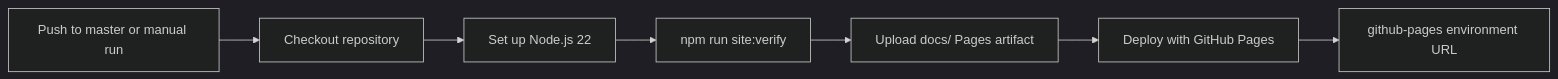
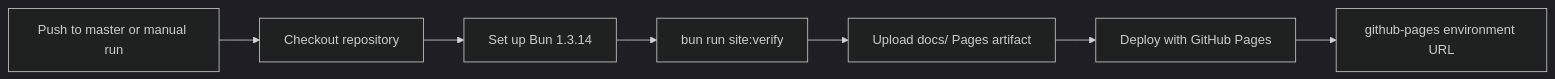
The second of 2 diagrams in docs/architecture/product-site.md (AungMyoKyaw/dhamma-echo), drawn with Mermaid (dark theme) before and after one commit. The commit also changed other lines of this file and 6 other files, not shown here.

````diff
--- a/docs/architecture/product-site.md
+++ b/docs/architecture/product-site.md
@@ -32,9 +32,9 @@
 ```mermaid
 flowchart LR
     push[Push to master or manual run] --> checkout[Checkout repository]
-    checkout --> node[Set up Node.js 22]
-    node --> verify[npm run site:verify]
+    checkout --> bun[Set up Bun 1.3.14]
+    bun --> verify[bun run site:verify]
     verify --> artifact[Upload docs/ Pages artifact]
     artifact --> deploy[Deploy with GitHub Pages]
     deploy --> environment[github-pages environment URL]
 ```
````
